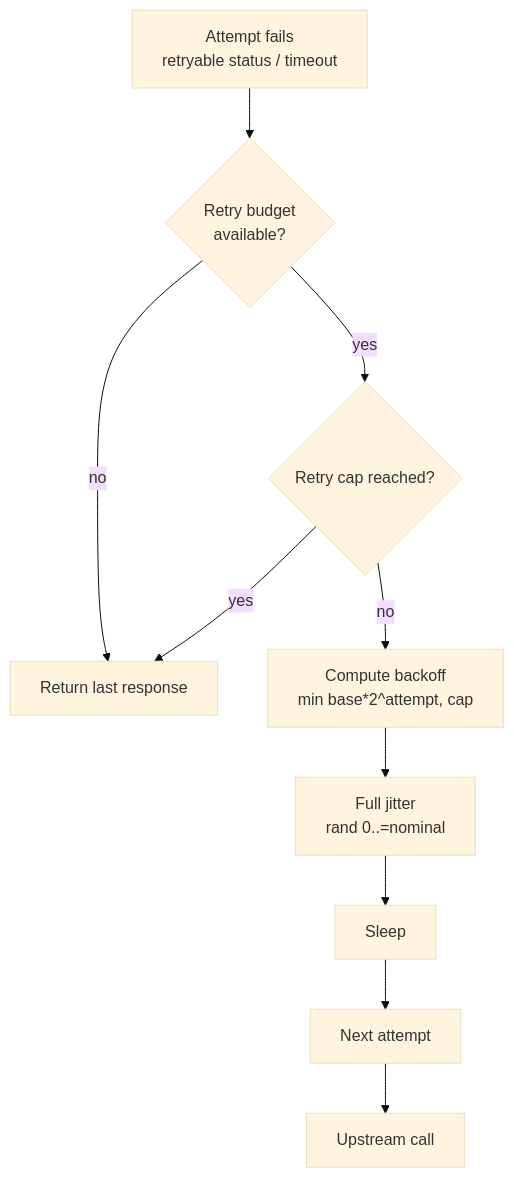
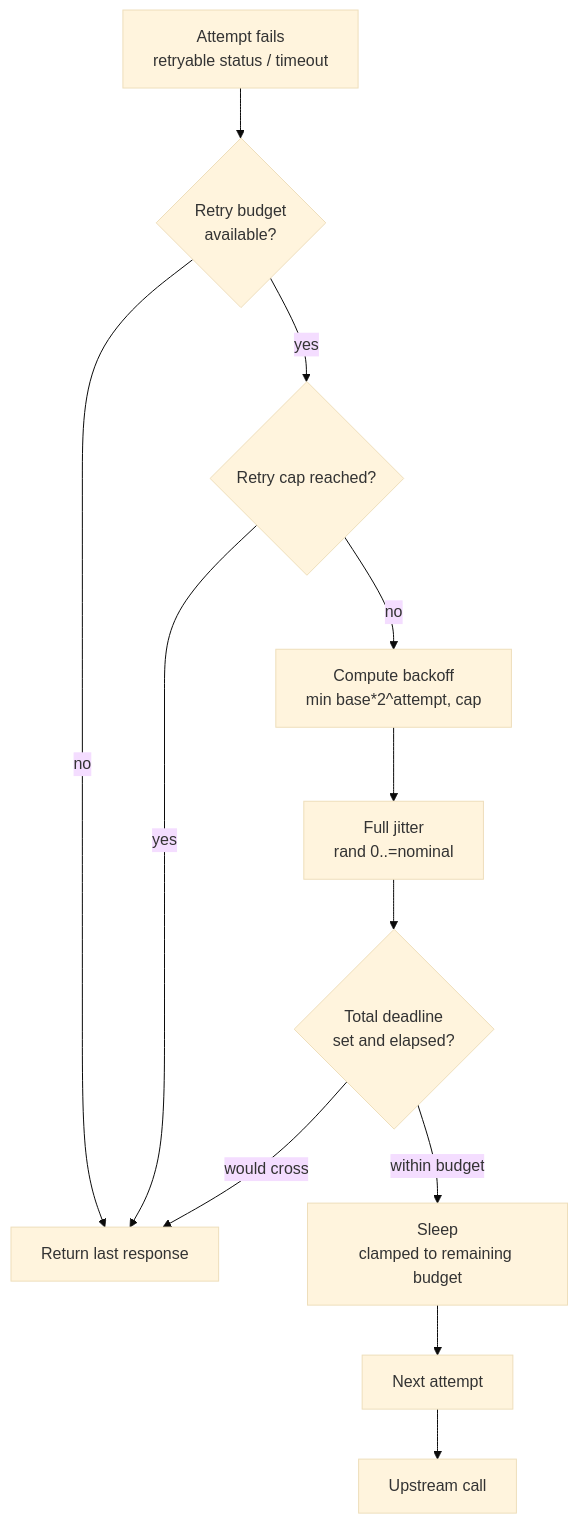
The fourth of 5 diagrams in docs-site/architecture/resilience.md (ShristiLabs/dwara), drawn with Mermaid (base theme) before and after one commit. The commit also changed other lines of this file and 12 other files, not shown here.

````diff
--- a/docs-site/architecture/resilience.md
+++ b/docs-site/architecture/resilience.md
@@ -110,12 +110,14 @@
 ```mermaid
 flowchart TD
     A[Attempt fails\nretryable status / timeout] --> B{Retry budget\navailable?}
     B -->|no| NX[Return last response]
     B -->|yes| C{Retry cap reached?}
     C -->|yes| NX
     C -->|no| D[Compute backoff\nmin base*2^attempt, cap]
     D --> E[Full jitter\nrand 0..=nominal]
-    E --> F[Sleep]
+    E --> TD{Total deadline\nset and elapsed?}
+    TD -->|would cross| NX
+    TD -->|within budget| F[Sleep\nclamped to remaining budget]
     F --> G[Next attempt]
     G --> UP[Upstream call]
 ```
````
